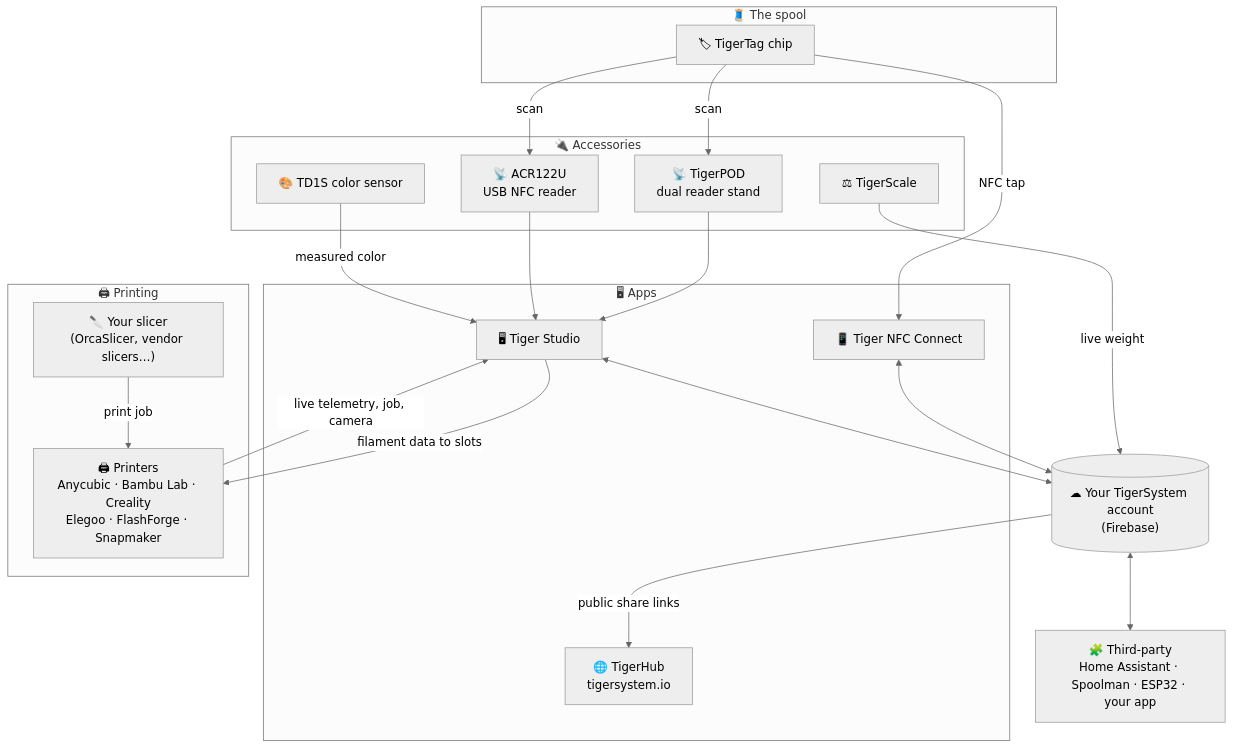
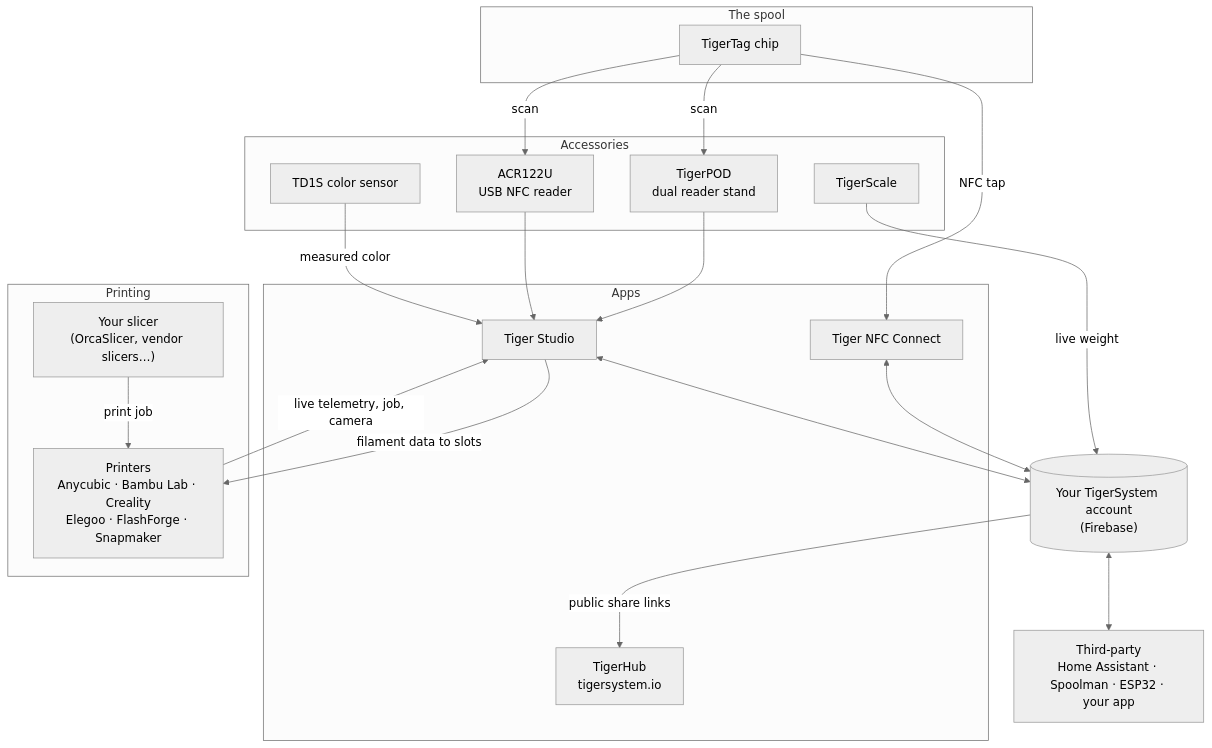
Before and after one commit to TigerTag-Project/TigerSystem-Docs: the second of 2 diagrams in docs/architecture/overview.md, drawn with Mermaid (neutral theme). The commit also changed other lines of this file and 56 other files, not shown here.

````diff
--- a/docs/architecture/overview.md
+++ b/docs/architecture/overview.md
@@ -41,36 +41,36 @@
 ```mermaid
 flowchart TB
-    subgraph SP["🧵 The spool"]
-        TAG["🏷 TigerTag chip"]
-    end
-    subgraph ACC["🔌 Accessories"]
-        POD["📡 TigerPOD<br/>dual reader stand"]
-        ACR["📡 ACR122U<br/>USB NFC reader"]
-        SCALE["⚖ TigerScale"]
-        TD1S["🎨 TD1S color sensor"]
-    end
-    subgraph APPS["🖥 Apps"]
-        CO["📱 Tiger NFC Connect"]
-        ST["🖥 Tiger Studio"]
-        WEB["🌐 TigerHub<br/>tigersystem.io"]
-    end
-    CLOUD[("☁ Your TigerSystem account<br/>(Firebase)")]
-    subgraph PRT["🖨 Printing"]
-        SLICER["🔪 Your slicer<br/>(OrcaSlicer, vendor slicers…)"]
-        PRN["🖨 Printers<br/>Anycubic · Bambu Lab · Creality<br/>Elegoo · FlashForge · Snapmaker"]
-    end
-    THIRD["🧩 Third-party<br/>Home Assistant · Spoolman · ESP32 · your app"]
+  subgraph SP["The spool"]
+    TAG["TigerTag chip"]
+  end
+  subgraph ACC["Accessories"]
+    POD["TigerPOD<br/>dual reader stand"]
+    ACR["ACR122U<br/>USB NFC reader"]
+    SCALE["TigerScale"]
+    TD1S["TD1S color sensor"]
+  end
+  subgraph APPS["Apps"]
+    CO["Tiger NFC Connect"]
+    ST["Tiger Studio"]
+    WEB["TigerHub<br/>tigersystem.io"]
+  end
+  CLOUD[("Your TigerSystem account<br/>(Firebase)")]
+  subgraph PRT["Printing"]
+    SLICER["Your slicer<br/>(OrcaSlicer, vendor slicers…)"]
+    PRN["Printers<br/>Anycubic · Bambu Lab · Creality<br/>Elegoo · FlashForge · Snapmaker"]
+  end
+  THIRD["Third-party<br/>Home Assistant · Spoolman · ESP32 · your app"]
 
-    TAG -- "NFC tap" --> CO
-    TAG -- "scan" --> POD --> ST
-    TAG -- "scan" --> ACR --> ST
-    TD1S -- "measured color" --> ST
-    SCALE -- "live weight" --> CLOUD
-    CO <--> CLOUD
-    ST <--> CLOUD
-    CLOUD -- "public share links" --> WEB
-    CLOUD <--> THIRD
-    ST -- "filament data to slots" --> PRN
-    PRN -- "live telemetry, job, camera" --> ST
-    SLICER -- "print job" --> PRN
+  TAG -- "NFC tap" --> CO
+  TAG -- "scan" --> POD --> ST
+  TAG -- "scan" --> ACR --> ST
+  TD1S -- "measured color" --> ST
+  SCALE -- "live weight" --> CLOUD
+  CO <--> CLOUD
+  ST <--> CLOUD
+  CLOUD -- "public share links" --> WEB
+  CLOUD <--> THIRD
+  ST -- "filament data to slots" --> PRN
+  PRN -- "live telemetry, job, camera" --> ST
+  SLICER -- "print job" --> PRN
 ```
````
